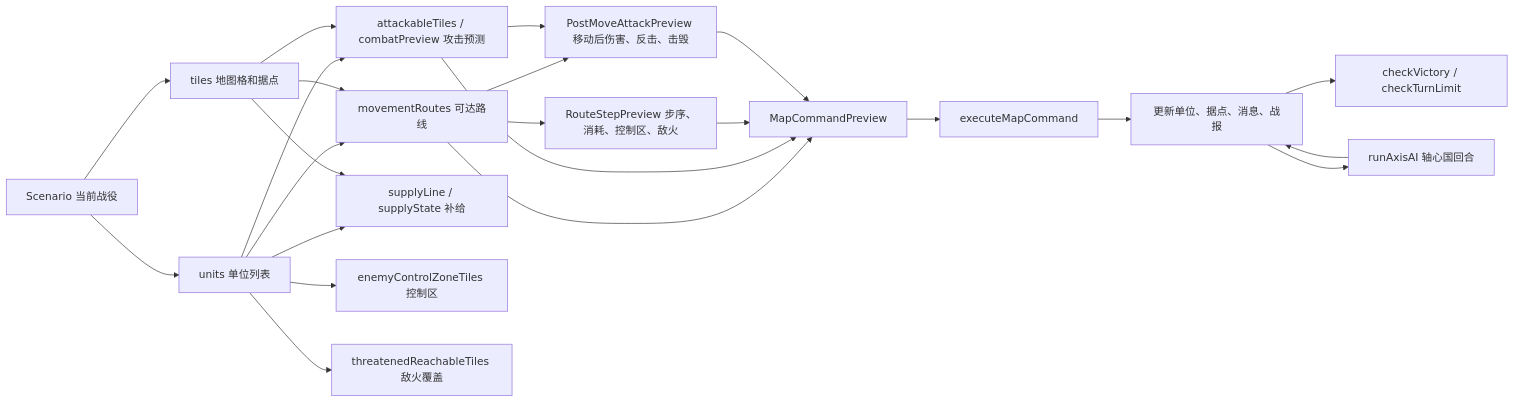
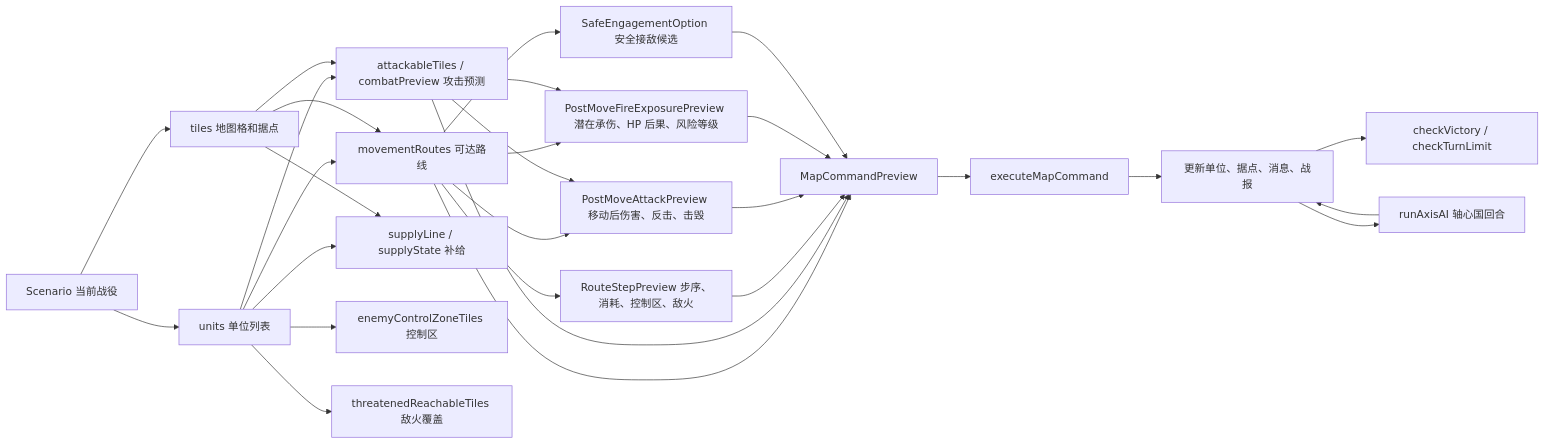
Before and after one commit to Altman-sam114/116: the third of 5 diagrams in md/flow/flowchart.md, drawn with Mermaid. The commit also changed other lines of this file and 9 other files, not shown here.

````diff
--- a/md/flow/flowchart.md
+++ b/md/flow/flowchart.md
@@ -49,25 +50,30 @@
 ```mermaid
 flowchart LR
   S["Scenario 当前战役"] --> U["units 单位列表"]
   S --> T["tiles 地图格和据点"]
   U --> MV["movementRoutes 可达路线"]
   T --> MV
   U --> AT["attackableTiles / combatPreview 攻击预测"]
   T --> AT
   U --> SUP["supplyLine / supplyState 补给"]
   T --> SUP
   U --> ZOC["enemyControlZoneTiles 控制区"]
   U --> THR["threatenedReachableTiles 敌火覆盖"]
   MV --> RP["RouteStepPreview 步序、消耗、控制区、敌火"]
   MV --> PM["PostMoveAttackPreview 移动后伤害、反击、击毁"]
+  MV --> FP["PostMoveFireExposurePreview 潜在承伤、HP 后果、风险等级"]
+  MV --> SE["SafeEngagementOption 安全接敌候选"]
   AT --> PM
+  AT --> FP
   MV --> CMD["MapCommandPreview"]
   AT --> CMD
   RP --> CMD
   PM --> CMD
+  FP --> CMD
+  SE --> CMD
   CMD --> EX["executeMapCommand"]
   EX --> RES["更新单位、据点、消息、战报"]
   RES --> WIN["checkVictory / checkTurnLimit"]
   RES --> AI["runAxisAI 轴心国回合"]
   AI --> RES
 ```
````
